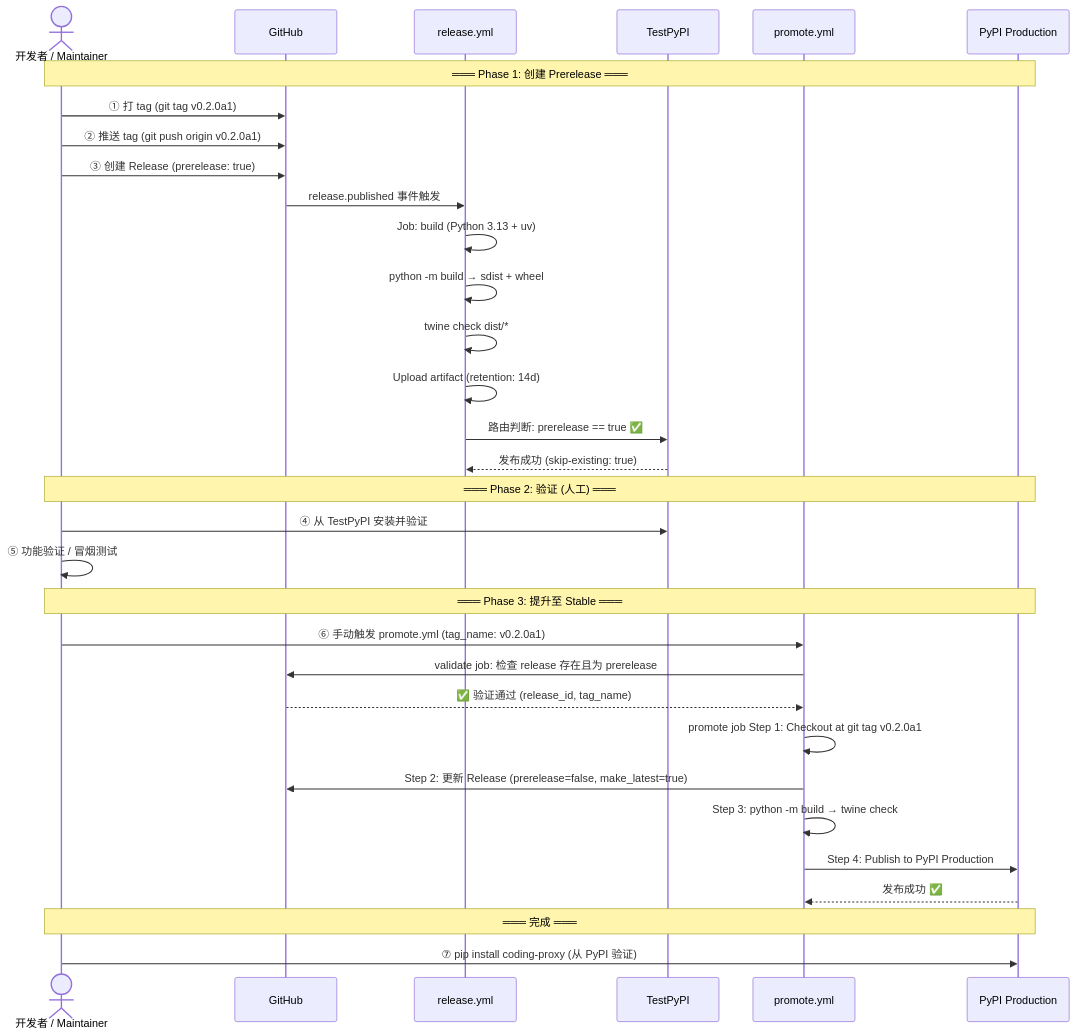
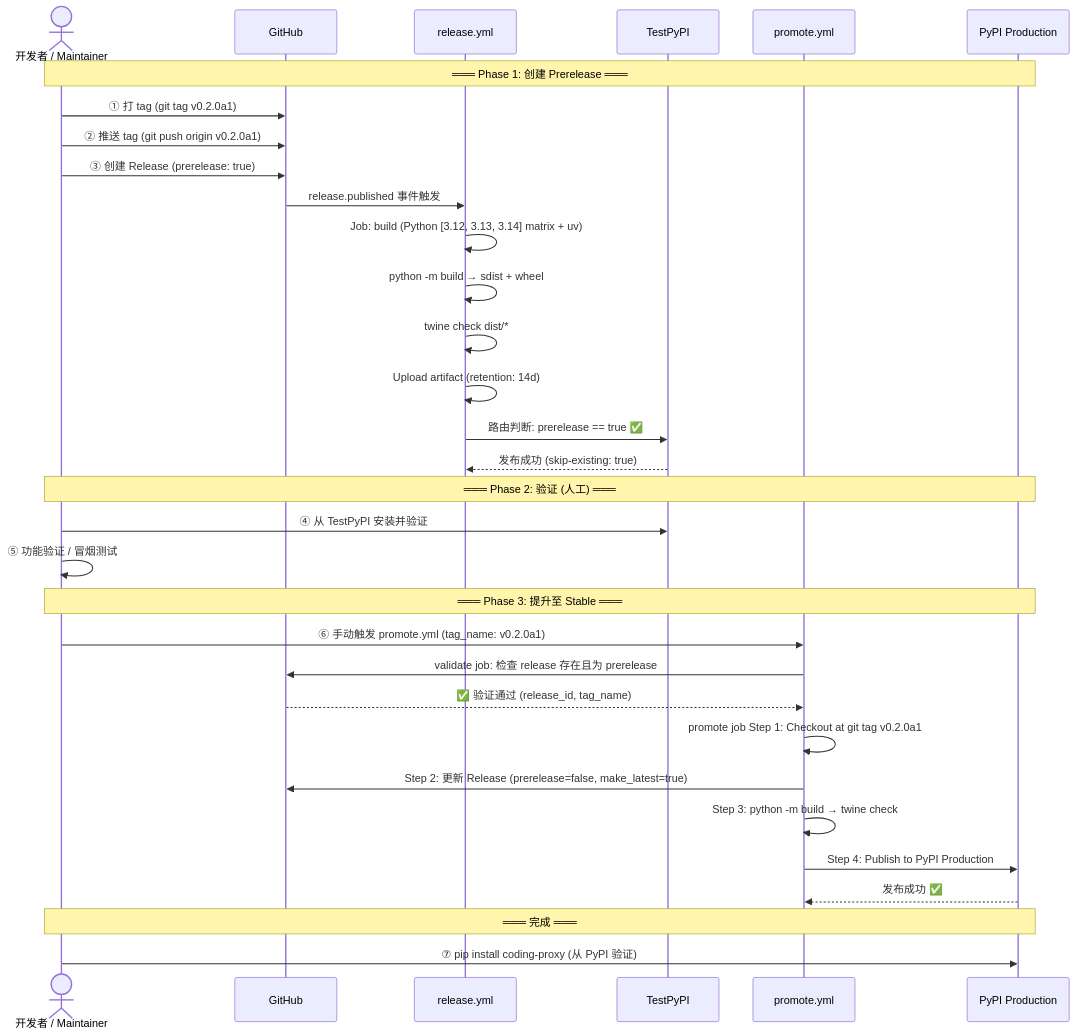
The second of 5 diagrams in docs/ci-cd.md (ThreeFish-AI/coding-proxy), drawn with Mermaid before and after one commit. The commit also changed other lines of this file and 8 other files, not shown here.

````diff
--- a/docs/ci-cd.md
+++ b/docs/ci-cd.md
@@ -237,44 +237,44 @@
 ```mermaid
 sequenceDiagram
     actor Dev as 开发者 / Maintainer
     participant GH as GitHub
     participant RW as release.yml
     participant TP as TestPyPI
     participant PW as promote.yml
     participant PP as PyPI Production
 
     Note over Dev,PP: ═══ Phase 1: 创建 Prerelease ═══
 
     Dev->>GH: ① 打 tag (git tag v0.2.0a1)
     Dev->>GH: ② 推送 tag (git push origin v0.2.0a1)
     Dev->>GH: ③ 创建 Release (prerelease: true)
 
     GH->>RW: release.published 事件触发
-    RW->>RW: Job: build (Python 3.13 + uv)
+    RW->>RW: Job: build (Python [3.12, 3.13, 3.14] matrix + uv)
     RW->>RW: python -m build → sdist + wheel
     RW->>RW: twine check dist/*
     RW->>RW: Upload artifact (retention: 14d)
 
     RW->>TP: 路由判断: prerelease == true ✅
     TP-->>RW: 发布成功 (skip-existing: true)
 
     Note over Dev,PP: ═══ Phase 2: 验证 (人工) ═══
 
     Dev->>TP: ④ 从 TestPyPI 安装并验证
     Dev->>Dev: ⑤ 功能验证 / 冒烟测试
 
     Note over Dev,PP: ═══ Phase 3: 提升至 Stable ═══
 
     Dev->>PW: ⑥ 手动触发 promote.yml (tag_name: v0.2.0a1)
     PW->>GH: validate job: 检查 release 存在且为 prerelease
     GH-->>PW: ✅ 验证通过 (release_id, tag_name)
 
     PW->>PW: promote job Step 1: Checkout at git tag v0.2.0a1
     PW->>GH: Step 2: 更新 Release (prerelease=false, make_latest=true)
     PW->>PW: Step 3: python -m build → twine check
     PW->>PP: Step 4: Publish to PyPI Production
     PP-->>PW: 发布成功 ✅
 
     Note over Dev,PP: ═══ 完成 ═══
     Dev->>PP: ⑦ pip install coding-proxy (从 PyPI 验证)
 ```
````
